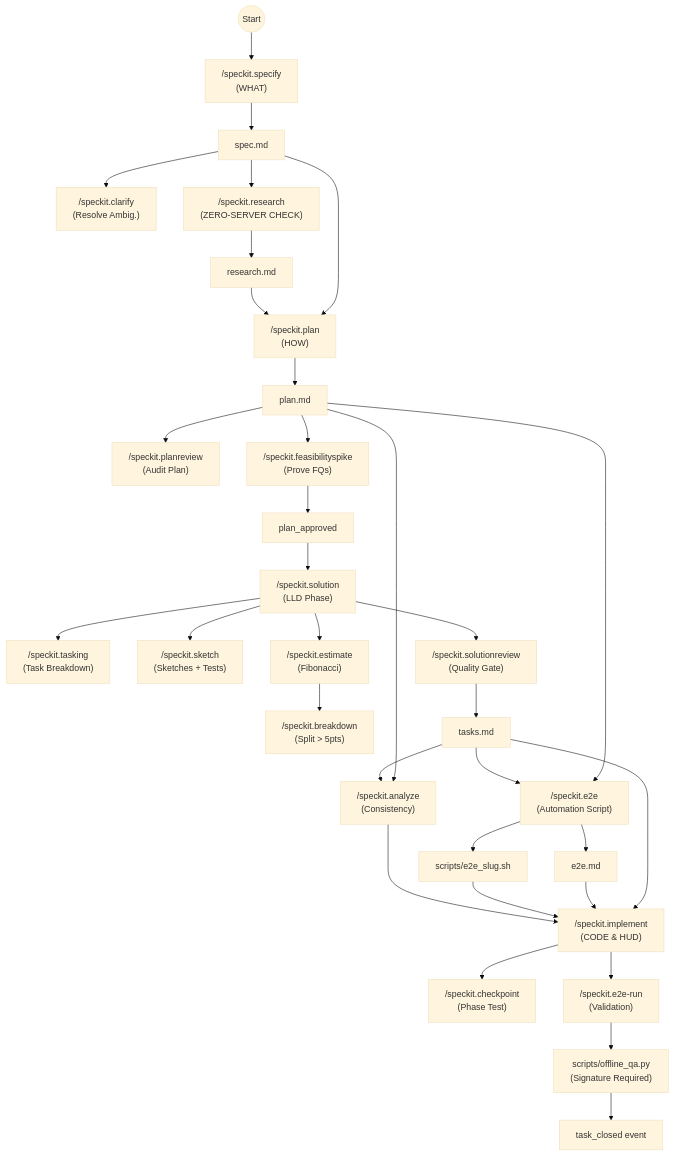
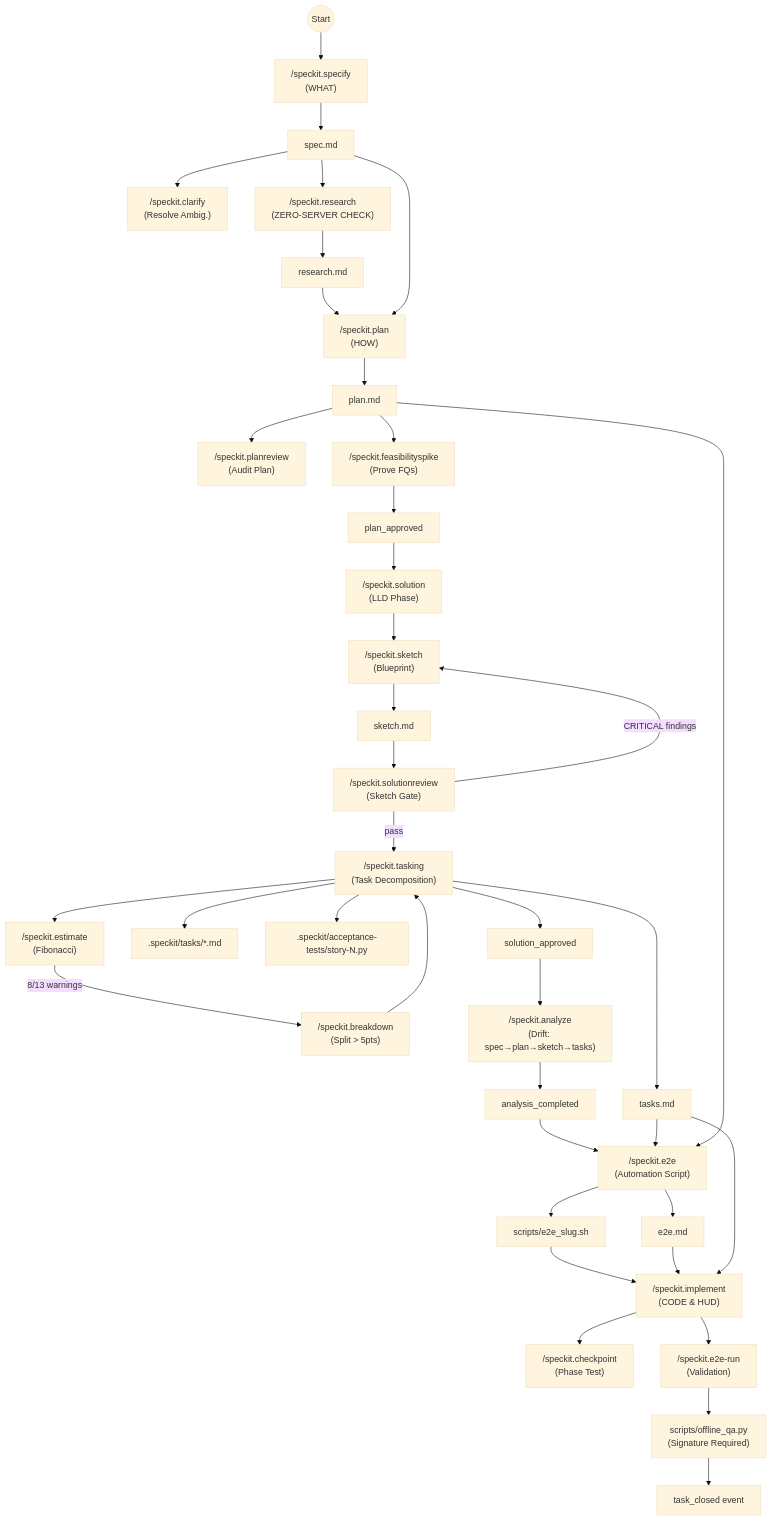
The diagram in constitution-workflow.md (aborczuk/app-foundation), drawn with Mermaid (base theme) before and after one commit. The commit also changed 17 other files, not shown here.

````diff
--- a/constitution-workflow.md
+++ b/constitution-workflow.md
@@ -5,44 +5,57 @@
 ```mermaid
 graph TD
     %% Phase 1: Discovery & Definition
     START((Start)) --> Specify["/speckit.specify<br/>(WHAT)"]
     Specify --> spec_md[spec.md]
     spec_md --> Clarify["/speckit.clarify<br/>(Resolve Ambig.)"]
-    
+
     %% Phase 2: Architecture & Research (THE HARD GATE)
     spec_md --> Research["/speckit.research<br/>(ZERO-SERVER CHECK)"]
     Research --> research_md[research.md]
-    
+
     %% Phase 3: Planning
     research_md & spec_md --> Plan["/speckit.plan<br/>(HOW)"]
     Plan --> plan_md[plan.md]
     plan_md --> PlanReview["/speckit.planreview<br/>(Audit Plan)"]
-    
+
     %% Phase 3b: Feasibility (sub-process of plan — runs after planreview)
     plan_md --> FeasibilitySpike["/speckit.feasibilityspike<br/>(Prove FQs)"]
     FeasibilitySpike --> plan_approved[plan_approved]
 
-    %% Phase 4: Solution (LLD — hard-blocks if Open Feasibility Questions non-empty)
+    %% Phase 4: Solution (sketch-first)
     plan_approved --> Solution["/speckit.solution<br/>(LLD Phase)"]
-    Solution --> Tasking["/speckit.tasking<br/>(Task Breakdown)"]
-    Solution --> Sketch["/speckit.sketch<br/>(Sketches + Tests)"]
-    Solution --> Estimate["/speckit.estimate<br/>(Fibonacci)"]
-    Estimate --> Breakdown["/speckit.breakdown<br/>(Split > 5pts)"]
-    Solution --> SolReview["/speckit.solutionreview<br/>(Quality Gate)"]
-    SolReview --> tasks_md[tasks.md]
-    
-    %% Phase 5: Pre-Flight (THE CRITICAL GATES)
-    tasks_md & plan_md --> Analyze["/speckit.analyze<br/>(Consistency)"]
-    tasks_md & plan_md --> E2E["/speckit.e2e<br/>(Automation Script)"]
+    Solution --> Sketch["/speckit.sketch<br/>(Blueprint)"]
+    Sketch --> sketch_md[sketch.md]
+    sketch_md --> SolReview["/speckit.solutionreview<br/>(Sketch Gate)"]
+    SolReview -->|CRITICAL findings| Sketch
+    SolReview -->|pass| Tasking["/speckit.tasking<br/>(Task Decomposition)"]
+
+    %% Tasking internal subprocess loop
+    Tasking --> Estimate["/speckit.estimate<br/>(Fibonacci)"]
+    Estimate -->|8/13 warnings| Breakdown["/speckit.breakdown<br/>(Split > 5pts)"]
+    Breakdown --> Tasking
+
+    %% Tasking outputs after stabilization
+    Tasking --> tasks_md[tasks.md]
+    Tasking --> huds[.speckit/tasks/*.md]
+    Tasking --> acceptance[.speckit/acceptance-tests/story-N.py]
+    Tasking --> solution_approved[solution_approved]
+
+    %% Phase 5: Post-solution analysis (separate event)
+    solution_approved --> Analyze["/speckit.analyze<br/>(Drift: spec→plan→sketch→tasks)"]
+    Analyze --> analysis_completed[analysis_completed]
+
+    %% Phase 6: Pre-Flight
+    analysis_completed & tasks_md & plan_md --> E2E["/speckit.e2e<br/>(Automation Script)"]
     E2E --> e2e_md[e2e.md]
     E2E --> e2e_script[scripts/e2e_slug.sh]
-    
-    %% Phase 6: Implementation
-    Analyze & e2e_script & e2e_md & tasks_md --> Implement["/speckit.implement<br/>(CODE & HUD)"]
-    
-    %% Phase 7: Verification
+
+    %% Phase 7: Implementation
+    e2e_script & e2e_md & tasks_md --> Implement["/speckit.implement<br/>(CODE & HUD)"]
+
+    %% Phase 8: Verification
     Implement --> Checkpoint["/speckit.checkpoint<br/>(Phase Test)"]
     Implement --> E2E_Run["/speckit.e2e-run<br/>(Validation)"]
     E2E_Run --> QA_Sentry["scripts/offline_qa.py<br/>(Signature Required)"]
     QA_Sentry --> task_closed[task_closed event]
 ```
````
